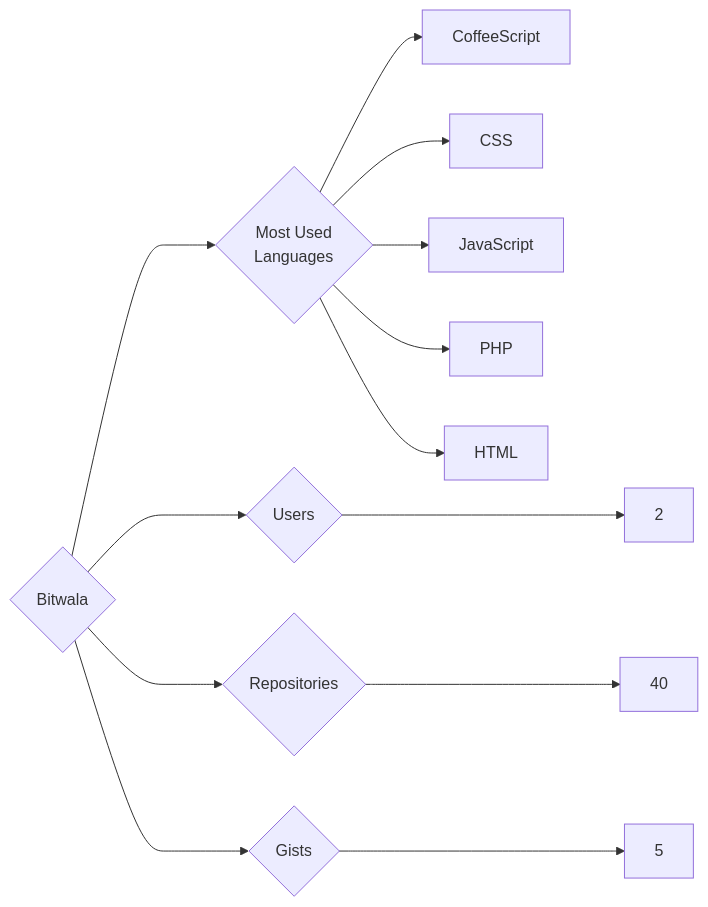
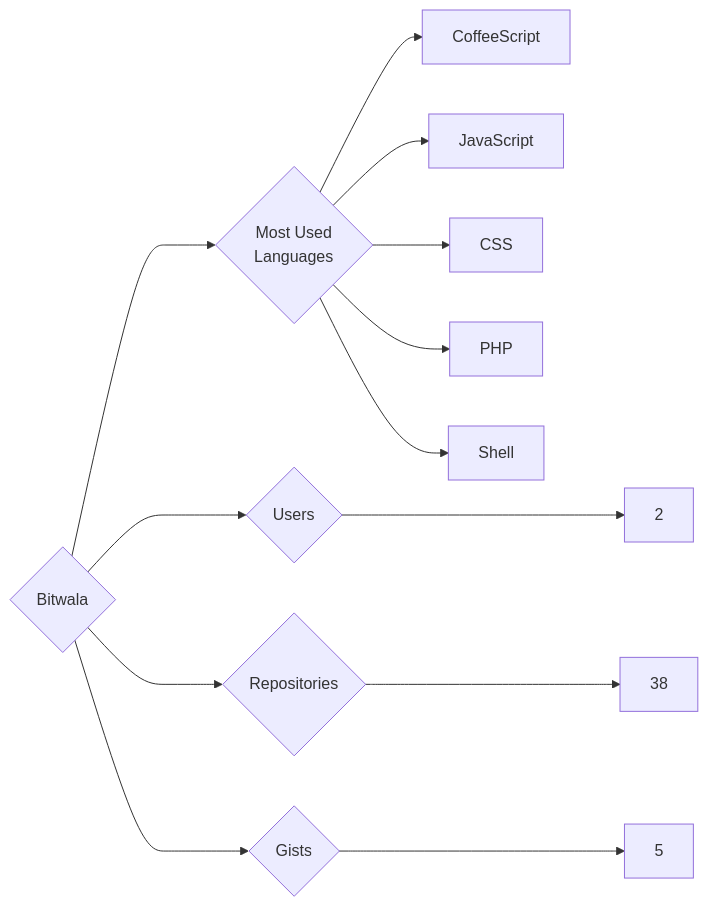
One commit to trickest/insiders changed the diagram in targets/Bitwala/README.md. Above: the diagram before and after it, drawn with Mermaid. The commit also changed 847 other files, not shown here.

````diff
--- a/targets/Bitwala/README.md
+++ b/targets/Bitwala/README.md
@@ -3,13 +3,13 @@
 ```mermaid
 graph LR
 COMPANY_NAME{Bitwala}
 COMPANY_NAME ---> U{Users} ---> UN[2]
-COMPANY_NAME ---> R{Repositories} ---> RN[40]
+COMPANY_NAME ---> R{Repositories} ---> RN[38]
 COMPANY_NAME ---> G{Gists} ---> GN[5]
 COMPANY_NAME ---> ML{Most Used<br>Languages}
 ML --> CoffeeScript[CoffeeScript]
+ML --> JavaScript[JavaScript]
 ML --> CSS[CSS]
-ML --> JavaScript[JavaScript]
 ML --> PHP[PHP]
-ML --> HTML[HTML]
+ML --> Shell[Shell]
 ```
````
